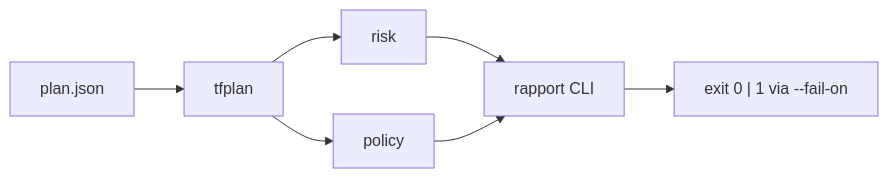
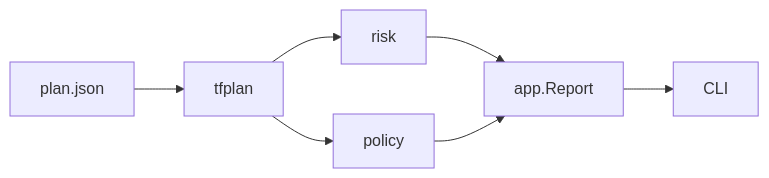
Before and after one commit to SamyBaouche/iac-sentinel: the diagram in README.fr.md, drawn with Mermaid. The commit also changed other lines of this file and 13 other files, not shown here.

````diff
--- a/README.fr.md
+++ b/README.fr.md
@@ -9,9 +9,9 @@
 ```mermaid
 flowchart LR
   A[plan.json] --> B[tfplan]
   B --> C[risk]
   B --> D[policy]
-  C --> E[rapport CLI]
+  C --> E[app.Report]
   D --> E
-  E --> F["exit 0 | 1 via --fail-on"]
+  E --> F[CLI]
 ```
````
